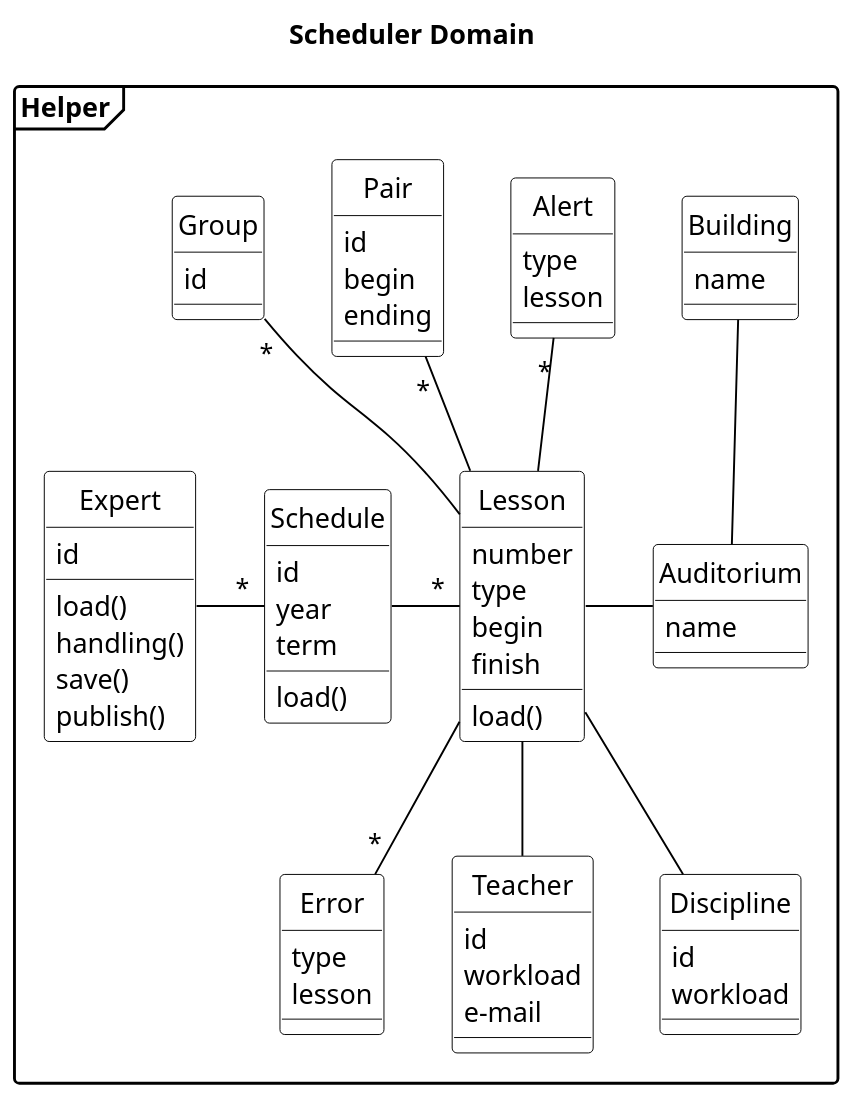
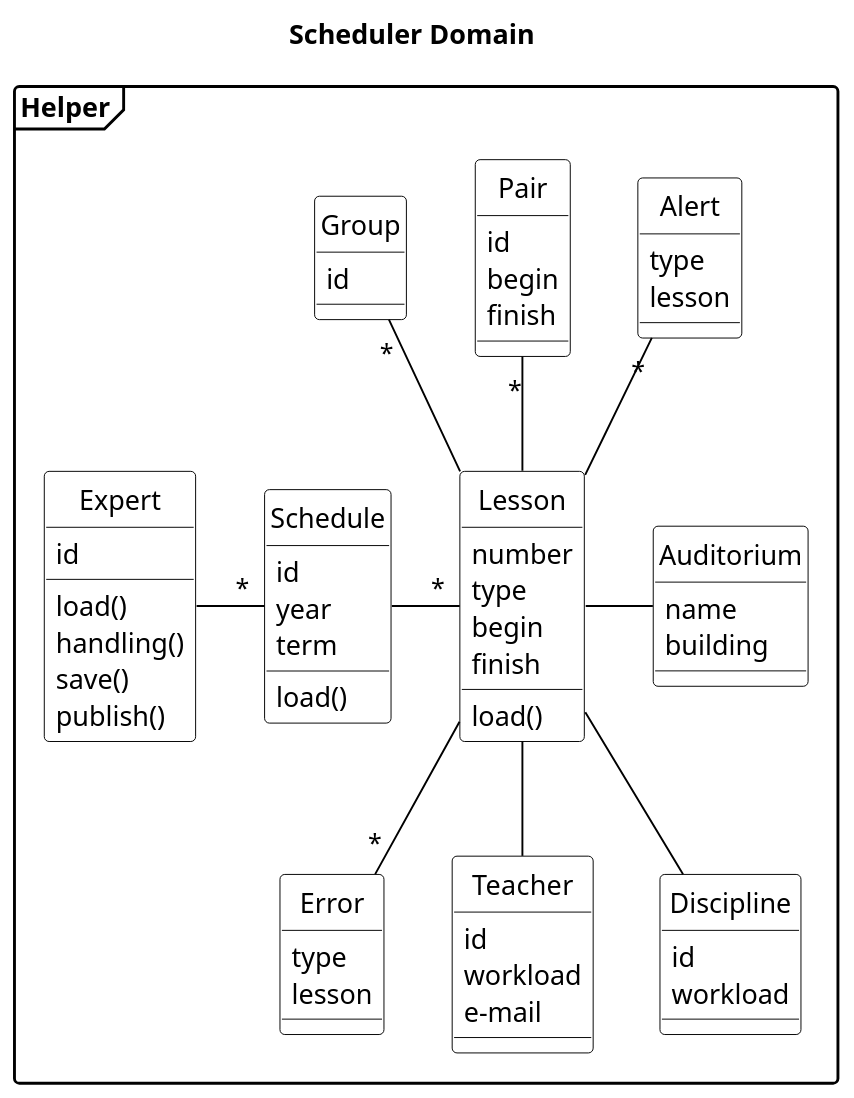
The diagram in UML/Scheduler_classes_2.puml (AlexFatkin/UniversityScheduleController), drawn with PlantUML before and after one commit.

```diff
--- a/UML/Scheduler_classes_2.puml
+++ b/UML/Scheduler_classes_2.puml
@@ -2,98 +2,99 @@
 @startuml
 title Scheduler Domain
 skinparam class {
 BackgroundColor White
 ArrowColor Black
 BorderColor Black
 }
 skinparam object {
 BackgroundColor White
 ArrowColor Black
 BorderColor Black
 }
 hide circle
 'hide members
 scale 1.3
 skinparam DefaultTextAlignment left
 skinparam shadowing false
 'skinparam monochrome true
 skinparam packageStyle frame
 
 package Helper {
 class Error{
 type
 lesson
 }
 class Alert{
 type
 lesson
 }
 
 class Expert{
 id
 load()
 handling()
 save()
 publish()
 }
 class Schedule{
 id
 year
 term
 load()
 }
 class Lesson{
 number
 type
 'face-to-face
 begin
 finish
 'week
 'day
 load()
 }
 class Teacher{
 id
 workload
 e-mail
 }
 class Discipline{
 id
 workload
 }
 class Pair {
 id
 begin
-ending
+finish
 }
 'class Student{
 'id
 'e-mail
 '}
 class Group{
 id
 }
-class Building {
-name
-}
+'class Building {
+'name
+'}
 class Auditorium {
 name
+building
 }
 'class Transfer {
 'route
 'time
 '}
 Expert -"*" Schedule
+Schedule -"*" Lesson
 Alert "*"-- Lesson
 Lesson --Teacher
 Group "*"-- Lesson
-Schedule -"*" Lesson
 Lesson --"*" Error
 Lesson -- Discipline
 Pair "*"-- Lesson
-Building -- Auditorium
 Lesson - Auditorium
+'Building -- Auditorium
 'Building "2"-"1" Transfer
 'Group -"*" Student
 'Lesson --Transfer
 @enduml
```
